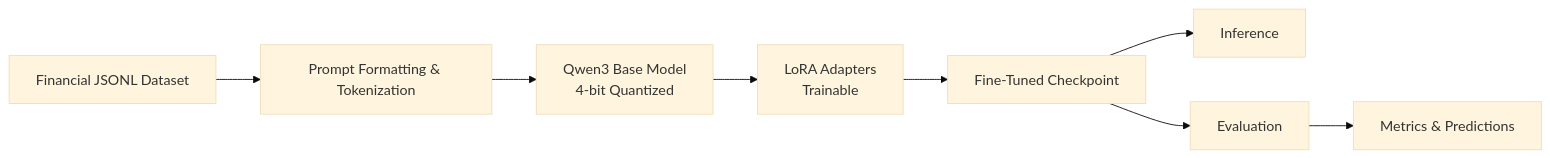
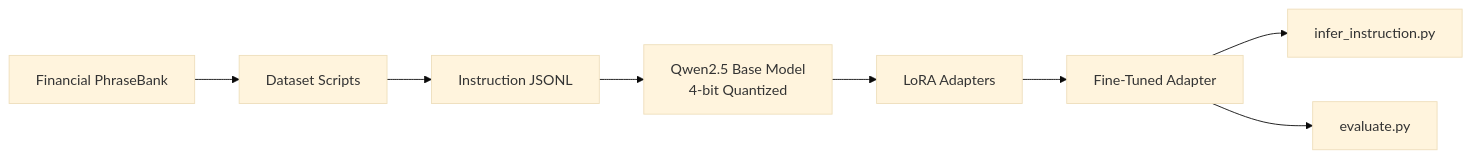
The diagram in README.md (YALINYAN-YU/financial-llm-finetuning), drawn with Mermaid (base theme) before and after one commit. The commit also changed other lines of this file and 3 other files, not shown here.

````diff
--- a/README.md
+++ b/README.md
@@ -28,10 +35,10 @@
 ```mermaid
 flowchart LR
-    A[Financial JSONL Dataset] --> B[Prompt Formatting & Tokenization]
-    B --> C[Qwen3 Base Model<br/>4-bit Quantized]
-    C --> D[LoRA Adapters<br/>Trainable]
-    D --> E[Fine-Tuned Checkpoint]
-    E --> F[Inference]
-    E --> G[Evaluation]
-    G --> H[Metrics & Predictions]
+    A[Financial PhraseBank] --> B[Dataset Scripts]
+    B --> C[Instruction JSONL]
+    C --> D[Qwen2.5 Base Model<br/>4-bit Quantized]
+    D --> E[LoRA Adapters]
+    E --> F[Fine-Tuned Adapter]
+    F --> G[infer_instruction.py]
+    F --> H[evaluate.py]
 ```
````
